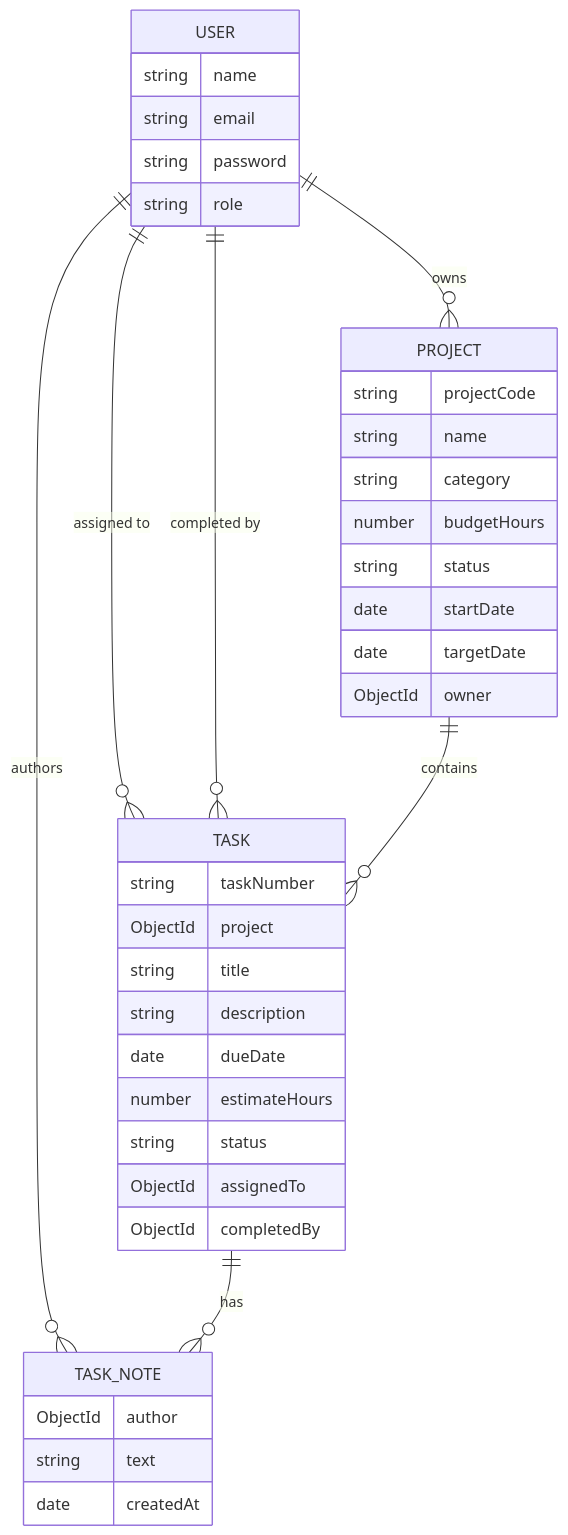
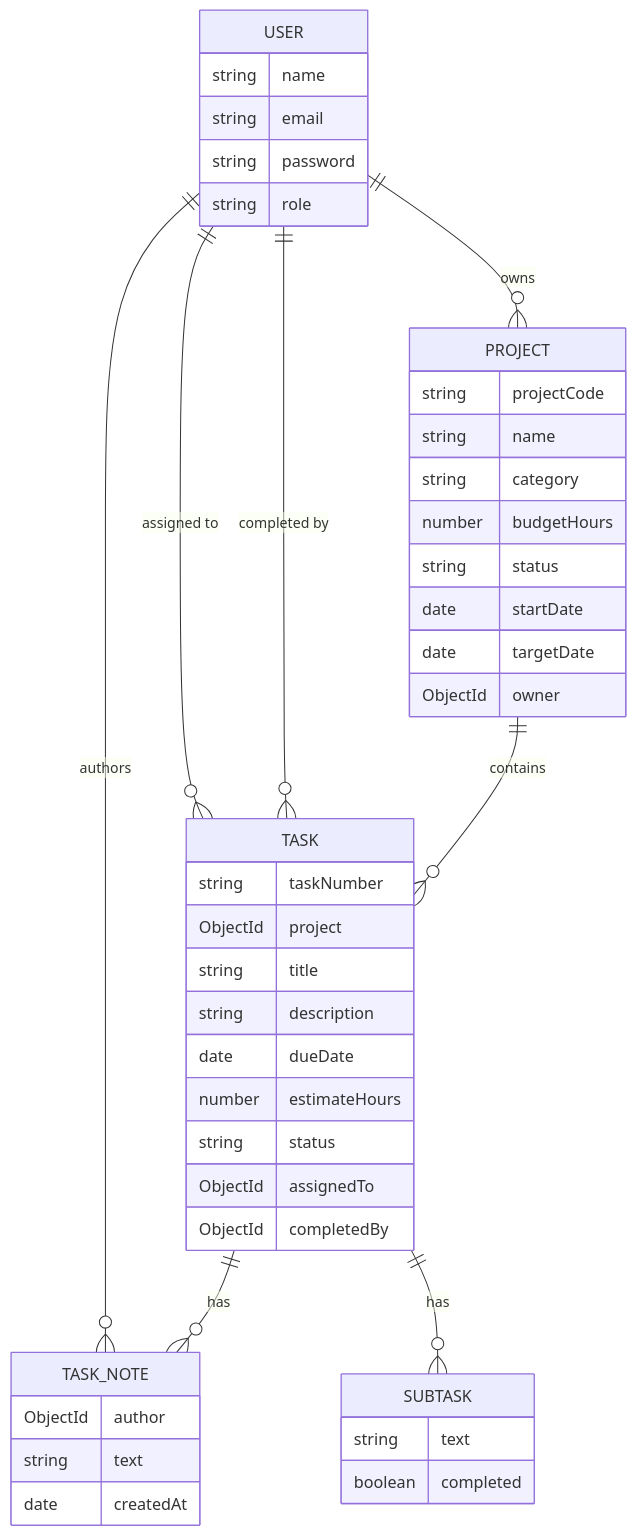
One commit to iltStudent11/FSEP-Final-Project-Task-Tracker changed the first of 2 diagrams in docs/DESIGN.md. Above: the diagram before and after it, drawn with Mermaid. The commit also changed other lines of this file, not shown here.

````diff
--- a/docs/DESIGN.md
+++ b/docs/DESIGN.md
@@ -11,42 +11,47 @@
 ```mermaid
 erDiagram
     USER ||--o{ PROJECT : owns
     USER ||--o{ TASK : "assigned to"
     USER ||--o{ TASK : "completed by"
     USER ||--o{ TASK_NOTE : authors
     PROJECT ||--o{ TASK : contains
     TASK ||--o{ TASK_NOTE : has
+    TASK ||--o{ SUBTASK : has
 
     USER {
         string name
         string email
         string password
         string role
     }
     PROJECT {
         string projectCode
         string name
         string category
         number budgetHours
         string status
         date startDate
         date targetDate
         ObjectId owner
     }
     TASK {
         string taskNumber
         ObjectId project
         string title
         string description
         date dueDate
         number estimateHours
         string status
         ObjectId assignedTo
         ObjectId completedBy
     }
     TASK_NOTE {
         ObjectId author
         string text
         date createdAt
     }
+    SUBTASK {
+        string text
+        boolean completed
+    }
 ```
````
